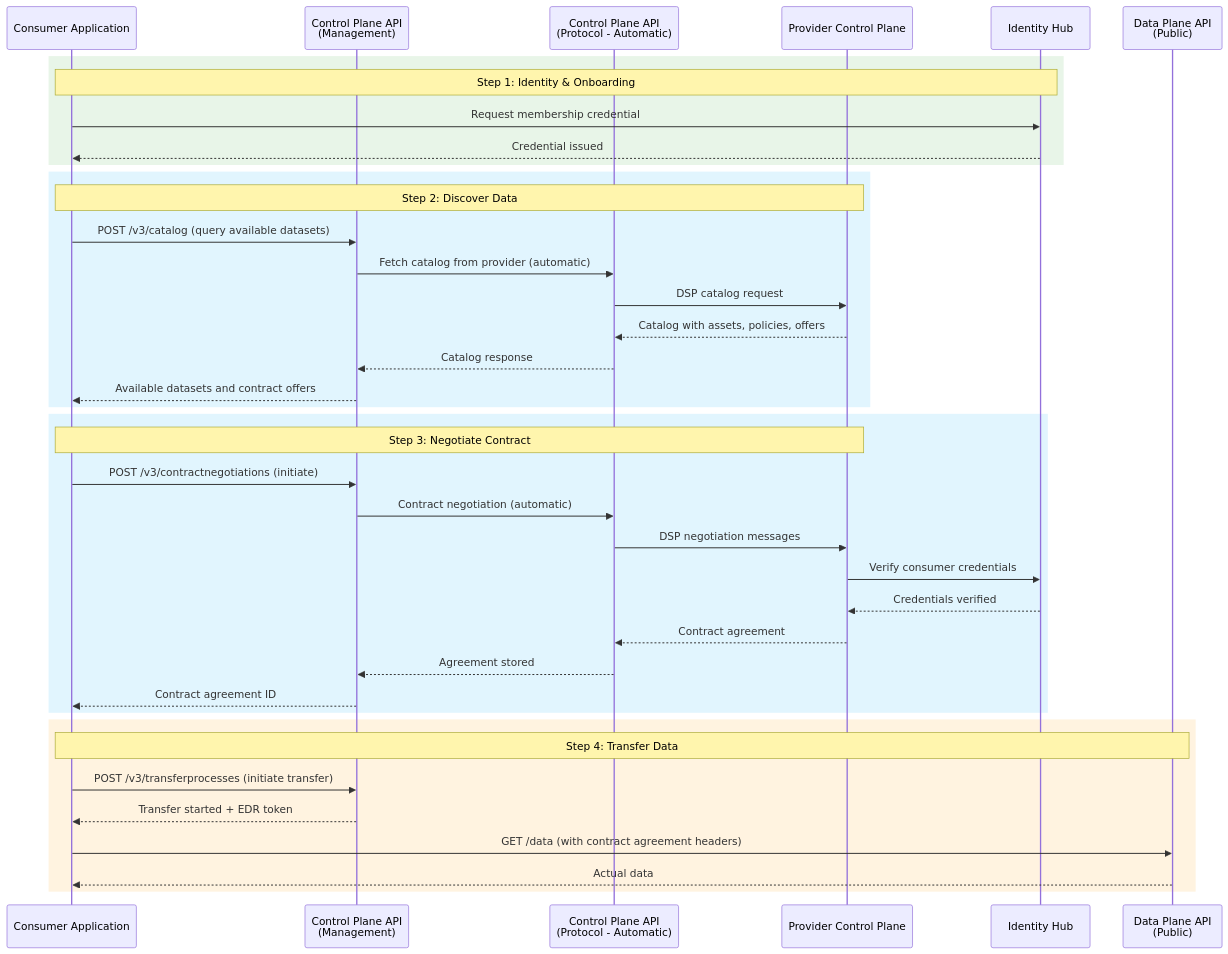
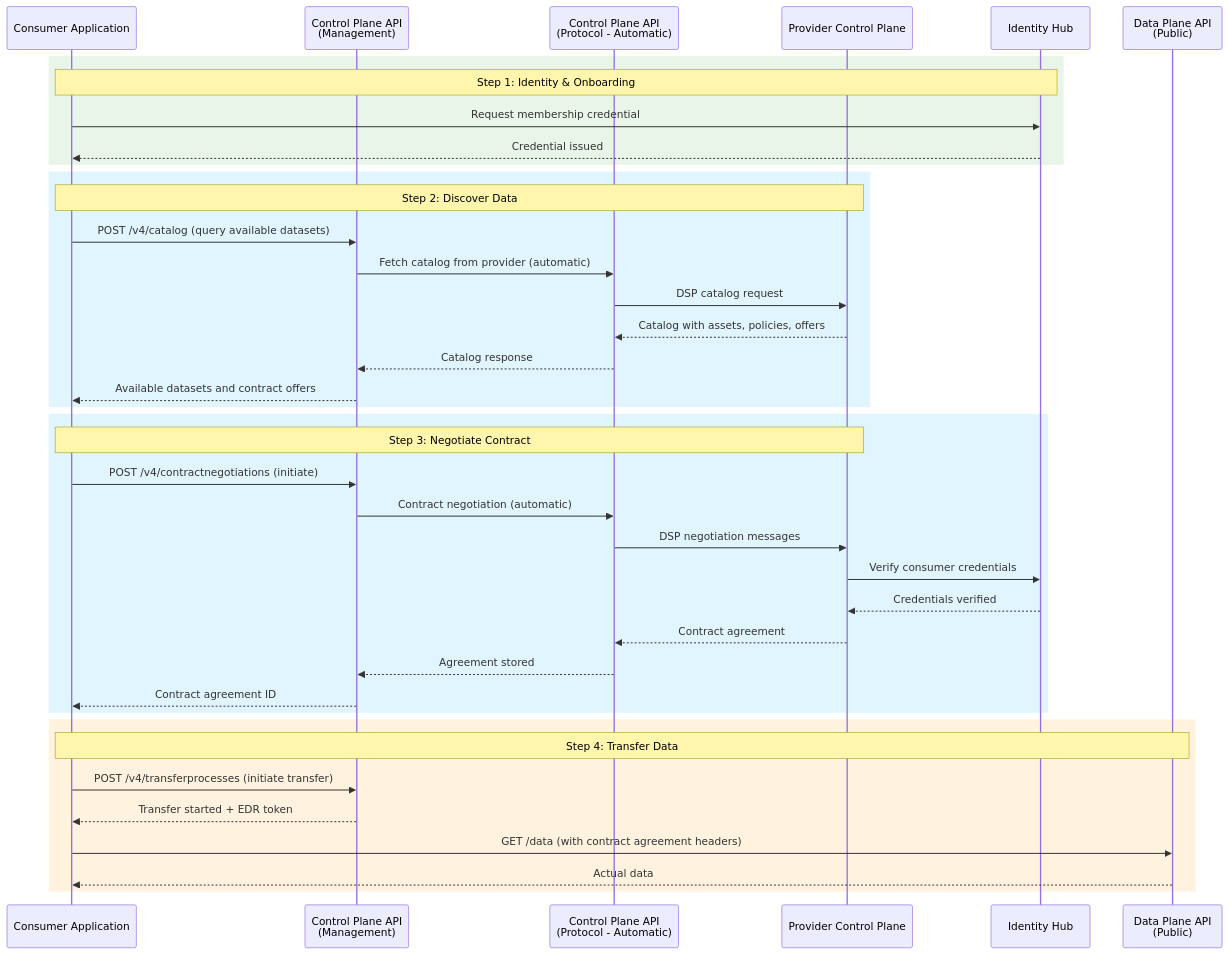
Before and after one commit to AmadeusITGroup/dataspace-ecosystem: the second of 2 diagrams in docs/architecture/components-api/overview.md, drawn with Mermaid. The commit also changed other lines of this file and 178 other files, not shown here.

````diff
--- a/docs/architecture/components-api/overview.md
+++ b/docs/architecture/components-api/overview.md
@@ -50,45 +50,45 @@
 ```mermaid
 sequenceDiagram
     participant Consumer as Consumer Application
     participant CPAPI as Control Plane API<br/>(Management)
     participant Protocol as Control Plane API<br/>(Protocol - Automatic)
     participant ProviderCP as Provider Control Plane
     participant IH as Identity Hub
     participant DPAPI as Data Plane API<br/>(Public)
 
     rect rgb(232, 245, 232)
         Note over Consumer,IH: Step 1: Identity & Onboarding
         Consumer->>IH: Request membership credential
         IH-->>Consumer: Credential issued
     end
 
     rect rgb(225, 245, 254)
         Note over Consumer,ProviderCP: Step 2: Discover Data
-        Consumer->>CPAPI: POST /v3/catalog (query available datasets)
+        Consumer->>CPAPI: POST /v4/catalog (query available datasets)
         CPAPI->>Protocol: Fetch catalog from provider (automatic)
         Protocol->>ProviderCP: DSP catalog request
         ProviderCP-->>Protocol: Catalog with assets, policies, offers
         Protocol-->>CPAPI: Catalog response
         CPAPI-->>Consumer: Available datasets and contract offers
     end
 
     rect rgb(225, 245, 254)
         Note over Consumer,ProviderCP: Step 3: Negotiate Contract
-        Consumer->>CPAPI: POST /v3/contractnegotiations (initiate)
+        Consumer->>CPAPI: POST /v4/contractnegotiations (initiate)
         CPAPI->>Protocol: Contract negotiation (automatic)
         Protocol->>ProviderCP: DSP negotiation messages
         ProviderCP->>IH: Verify consumer credentials
         IH-->>ProviderCP: Credentials verified
         ProviderCP-->>Protocol: Contract agreement
         Protocol-->>CPAPI: Agreement stored
         CPAPI-->>Consumer: Contract agreement ID
     end
 
     rect rgb(255, 243, 224)
         Note over Consumer,DPAPI: Step 4: Transfer Data
-        Consumer->>CPAPI: POST /v3/transferprocesses (initiate transfer)
+        Consumer->>CPAPI: POST /v4/transferprocesses (initiate transfer)
         CPAPI-->>Consumer: Transfer started + EDR token
         Consumer->>DPAPI: GET /data (with contract agreement headers)
         DPAPI-->>Consumer: Actual data
     end
 ```
````
